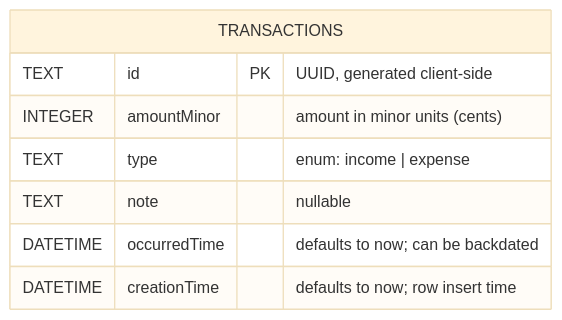
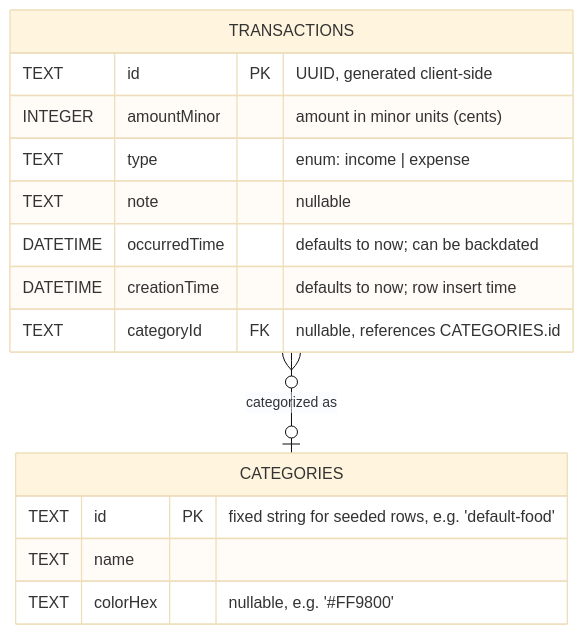
Before and after one commit to Israa050/money-log: the second of 2 diagrams in README.md, drawn with Mermaid (base theme). The commit also changed other lines of this file and 19 other files, not shown here.

````diff
--- a/README.md
+++ b/README.md
@@ -305,11 +313,18 @@
 ```mermaid
 erDiagram
     TRANSACTIONS {
         TEXT id PK "UUID, generated client-side"
         INTEGER amountMinor "amount in minor units (cents)"
         TEXT type "enum: income | expense"
         TEXT note "nullable"
         DATETIME occurredTime "defaults to now; can be backdated"
         DATETIME creationTime "defaults to now; row insert time"
+        TEXT categoryId FK "nullable, references CATEGORIES.id"
     }
+    CATEGORIES {
+        TEXT id PK "fixed string for seeded rows, e.g. 'default-food'"
+        TEXT name
+        TEXT colorHex "nullable, e.g. '#FF9800'"
+    }
+    TRANSACTIONS }o--o| CATEGORIES : "categorized as"
 ```
````
